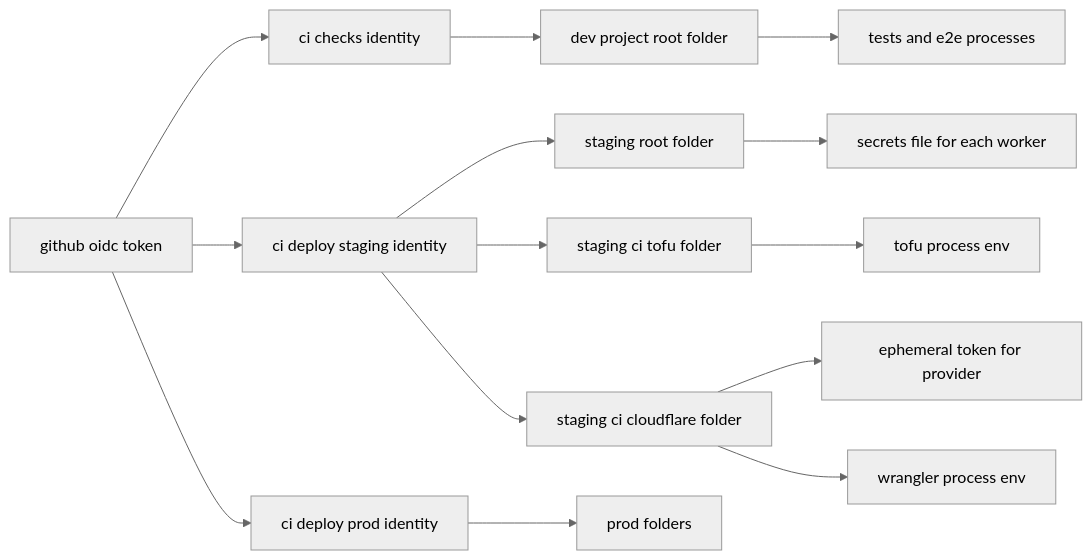
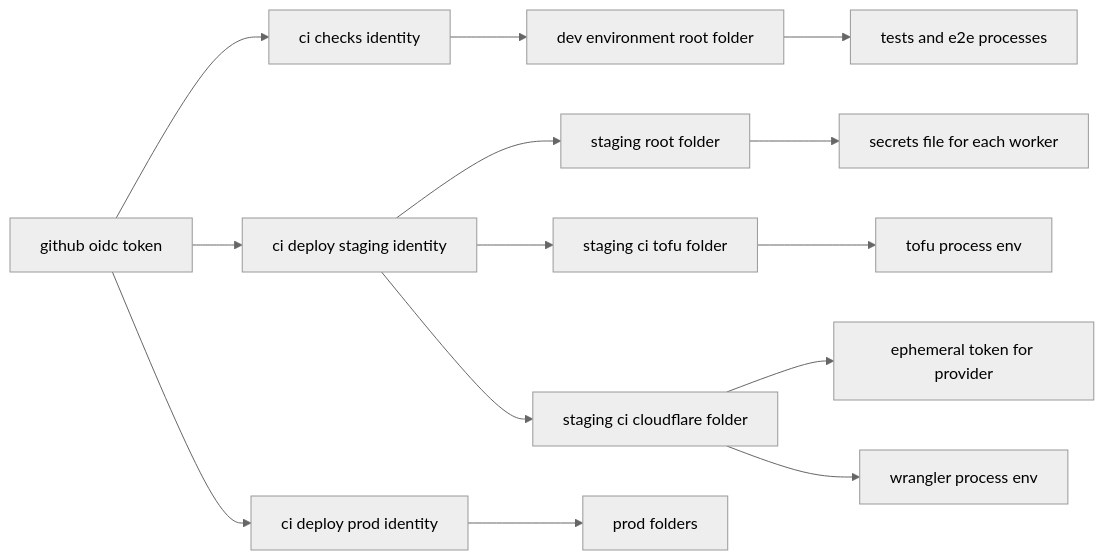
The fifth of 6 diagrams in .kiro/specs/infra-delivery/design.md (kurachiweb/genai-example-2-launch-platform), drawn with Mermaid (neutral theme) before and after one commit. The commit also changed other lines of this file and 4 other files, not shown here.

````diff
--- a/.kiro/specs/infra-delivery/design.md
+++ b/.kiro/specs/infra-delivery/design.md
@@ -340,16 +345,16 @@
 ```mermaid
 graph LR
     OIDC[github oidc token] --> ChecksId[ci checks identity]
     OIDC --> StagingId[ci deploy staging identity]
     OIDC --> ProdId[ci deploy prod identity]
-    ChecksId --> DevRoot[dev project root folder]
+    ChecksId --> DevRoot[dev environment root folder]
     StagingId --> StgRoot[staging root folder]
     StagingId --> StgTofu[staging ci tofu folder]
     StagingId --> StgCf[staging ci cloudflare folder]
     ProdId --> ProdFolders[prod folders]
     DevRoot --> TestRun[tests and e2e processes]
     StgTofu --> TofuEnv[tofu process env]
     StgCf --> Ephemeral[ephemeral token for provider]
     StgCf --> WranglerEnv[wrangler process env]
     StgRoot --> WorkerSecrets[secrets file for each worker]
 ```
````
